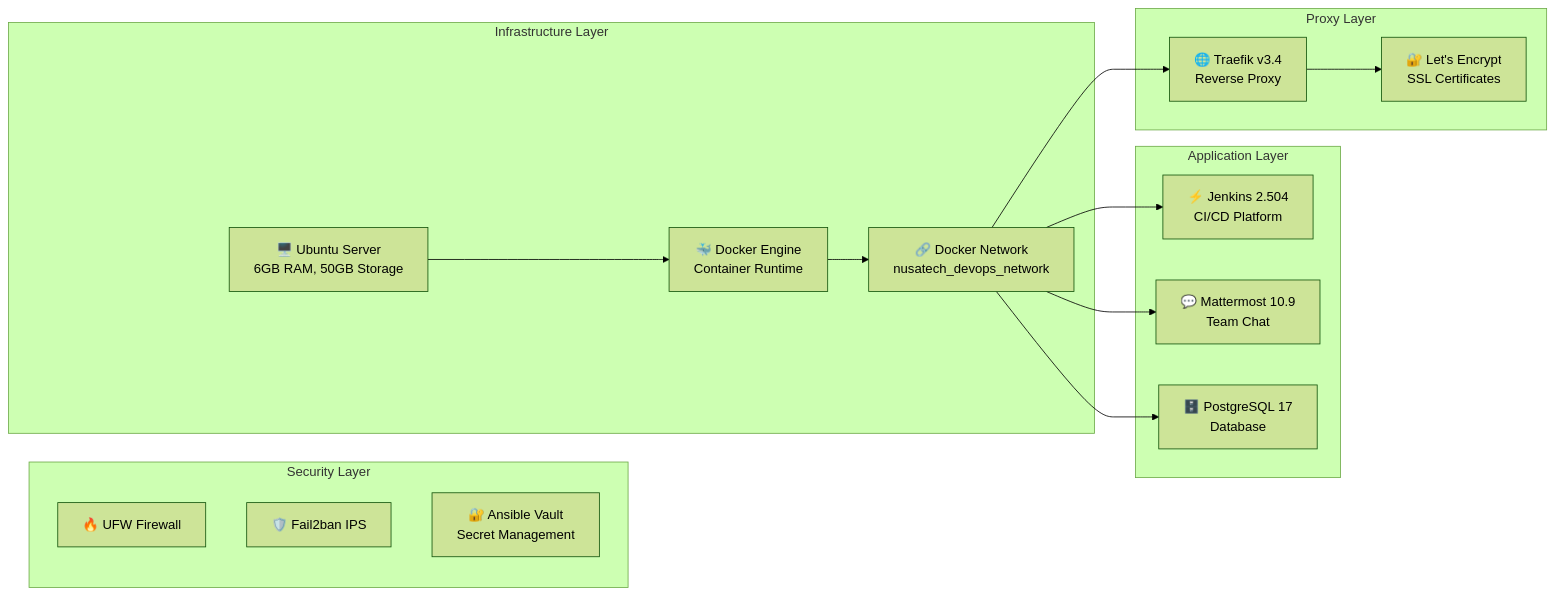
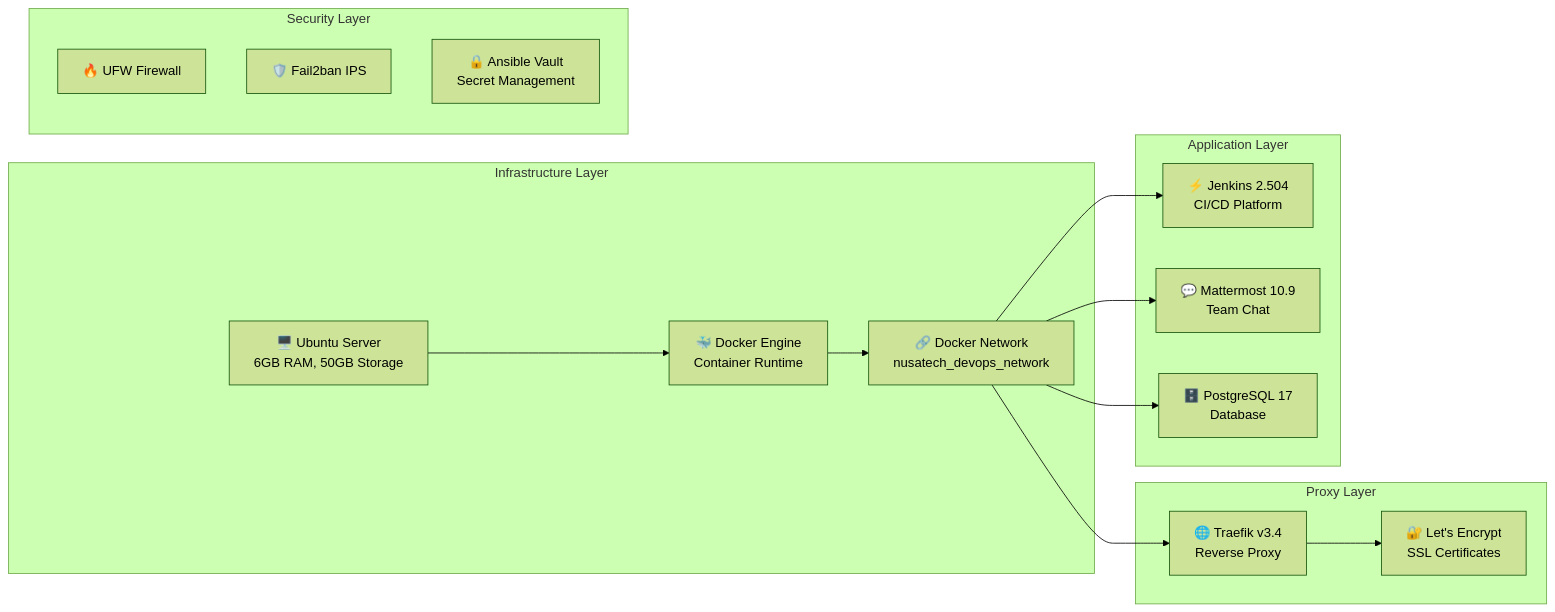
The second of 5 diagrams in README.md (bayuirsad26/ansible-thesis), drawn with Mermaid (forest theme) before and after one commit. The commit also changed other lines of this file and 6 other files, not shown here.

````diff
--- a/README.md
+++ b/README.md
@@ -85,33 +56,33 @@
 ```mermaid
 graph LR
-    subgraph "Security Layer"
-        UFW[🔥 UFW Firewall]
-        Fail2ban[🛡️ Fail2ban IPS]
-        Vault[🔐 Ansible Vault<br/>Secret Management]
-    end
-    
     subgraph "Infrastructure Layer"
         Ubuntu[🖥️ Ubuntu Server<br/>6GB RAM, 50GB Storage]
         Docker[🐳 Docker Engine<br/>Container Runtime]
         Network[🔗 Docker Network<br/>nusatech_devops_network]
+    end
+    
+    subgraph "Proxy Layer"
+        Traefik[🌐 Traefik v3.4<br/>Reverse Proxy]
+        LetsEncrypt[🔐 Let's Encrypt<br/>SSL Certificates]
     end
     
     subgraph "Application Layer"
         Jenkins[⚡ Jenkins 2.504<br/>CI/CD Platform]
         Mattermost[💬 Mattermost 10.9<br/>Team Chat]
         PostgreSQL[🗄️ PostgreSQL 17<br/>Database]
     end
     
-    subgraph "Proxy Layer"
-        Traefik[🌐 Traefik v3.4<br/>Reverse Proxy]
-        LetsEncrypt[🔐 Let's Encrypt<br/>SSL Certificates]
+    subgraph "Security Layer"
+        UFW[🔥 UFW Firewall]
+        Fail2ban[🛡️ Fail2ban IPS]
+        Vault[🔒 Ansible Vault<br/>Secret Management]
     end
     
     Ubuntu --> Docker
     Docker --> Network
+    Network --> Traefik
     Network --> Jenkins
     Network --> Mattermost
     Network --> PostgreSQL
-    Network --> Traefik
     Traefik --> LetsEncrypt
 ```
````
